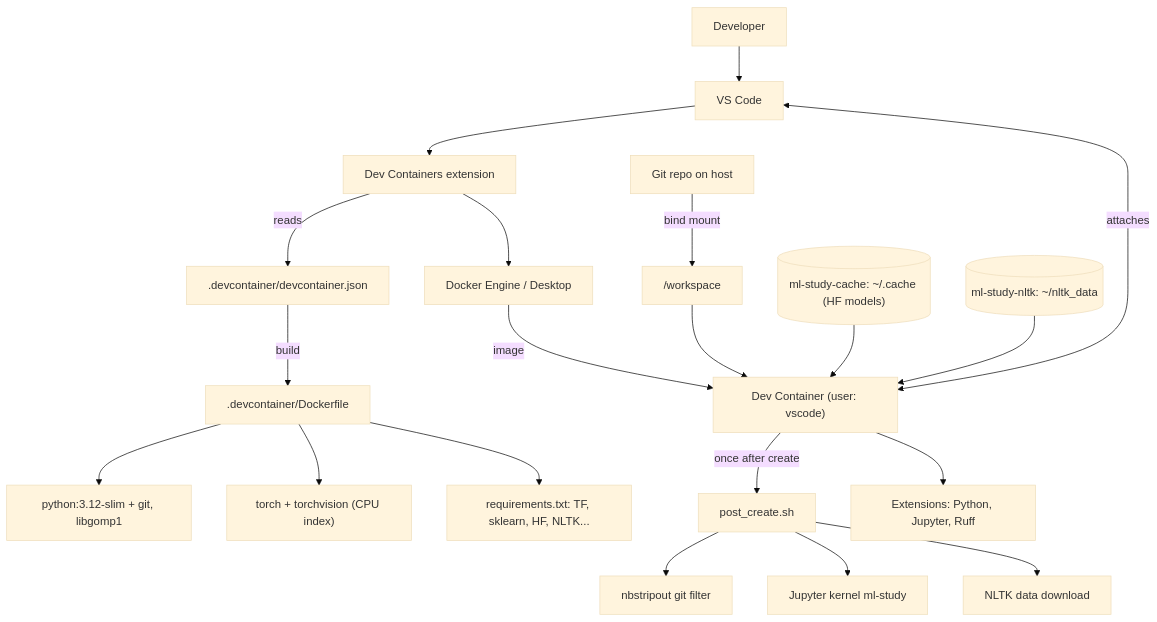
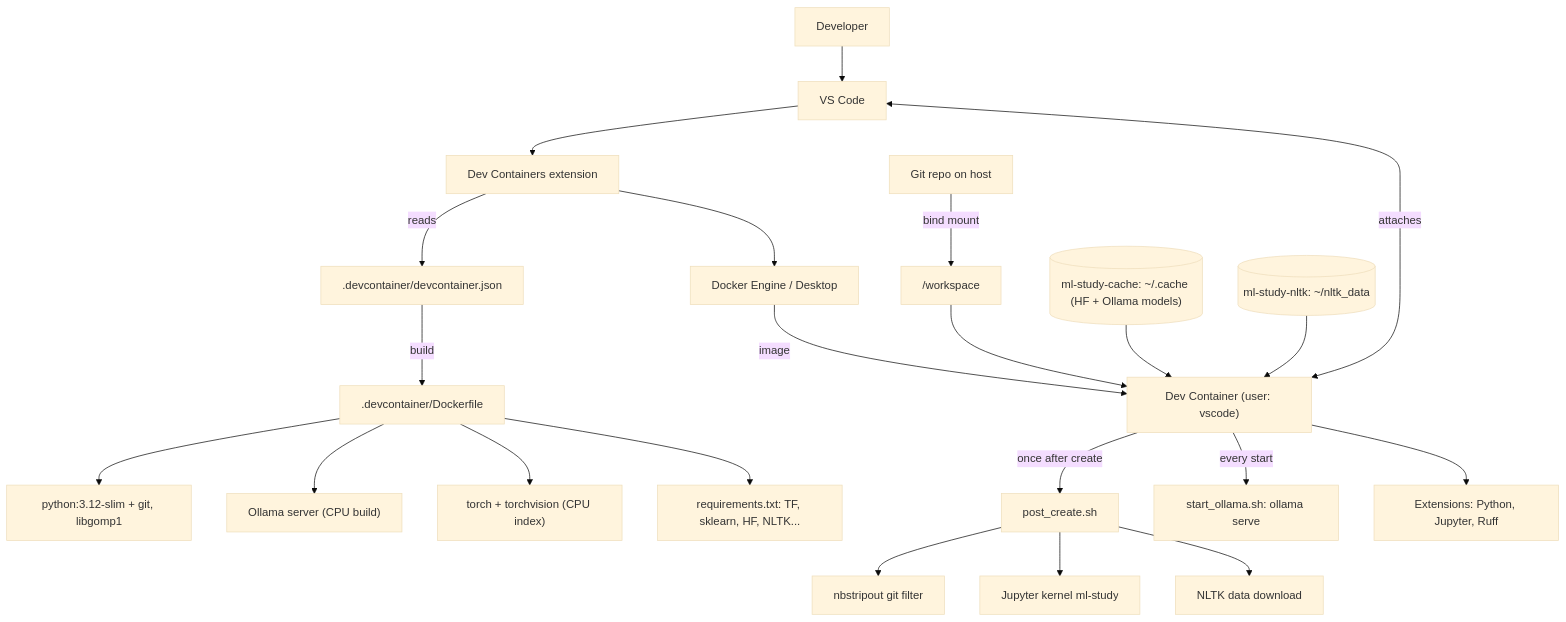
Before and after one commit to Sab-ra/dlh-modern_ai: the diagram in README.md, drawn with Mermaid (base theme). The commit also changed other lines of this file and 5 other files, not shown here.

First line of the commit message:
Add Ollama to the Dev Container and track notebooks again

````diff
--- a/README.md
+++ b/README.md
@@ -9,22 +10,24 @@
 ```mermaid
 flowchart TD
     Dev["Developer"] --> VSCode["VS Code"]
     VSCode --> DC["Dev Containers extension"]
     DC -->|reads| DJ[".devcontainer/devcontainer.json"]
     DJ -->|build| DF[".devcontainer/Dockerfile"]
     DF --> Base["python:3.12-slim + git, libgomp1"]
+    DF --> Oll["Ollama server (CPU build)"]
     DF --> Torch["torch + torchvision (CPU index)"]
     DF --> Req["requirements.txt: TF, sklearn, HF, NLTK..."]
     DC --> Docker["Docker Engine / Desktop"]
     Docker -->|image| Container["Dev Container (user: vscode)"]
     Repo["Git repo on host"] -->|bind mount| WS["/workspace"]
     WS --> Container
-    V1[("ml-study-cache: ~/.cache (HF models)")] --> Container
+    V1[("ml-study-cache: ~/.cache (HF + Ollama models)")] --> Container
     V2[("ml-study-nltk: ~/nltk_data")] --> Container
     Container -->|once after create| PC["post_create.sh"]
     PC --> NB["nbstripout git filter"]
     PC --> K["Jupyter kernel ml-study"]
     PC --> NL["NLTK data download"]
+    Container -->|every start| SO["start_ollama.sh: ollama serve"]
     VSCode <-->|attaches| Container
     Container --> Ext["Extensions: Python, Jupyter, Ruff"]
 ```
````
